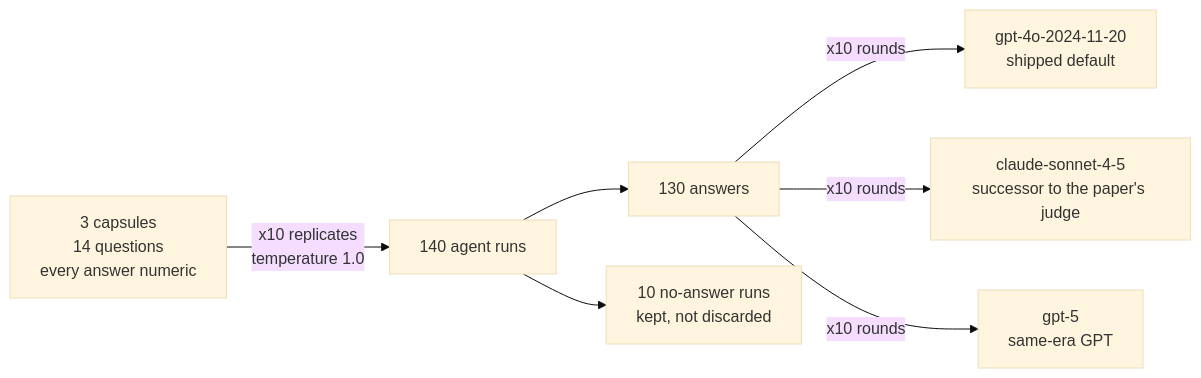
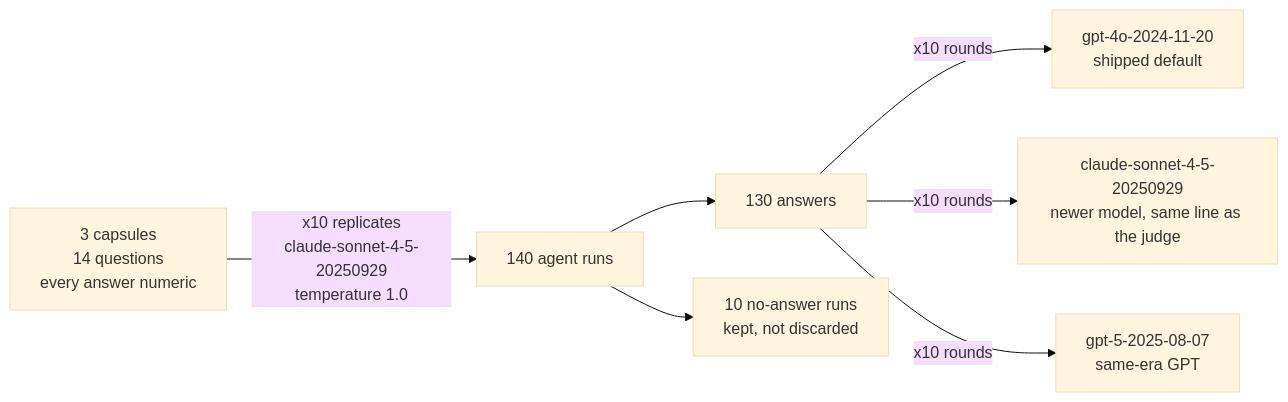
One commit to Anqi-Dai/BixBench_eval changed the diagram in writeup.md. Above: the diagram before and after it, drawn with Mermaid (base theme). The commit also changed other lines of this file, not shown here.

First line of the commit message:
Link model names, name the agent, tighten the correctness section

````diff
--- a/writeup.md
+++ b/writeup.md
@@ -82,9 +86,9 @@
 ```mermaid
 flowchart LR
-  A["3 capsules<br/>14 questions<br/>every answer numeric"] -->|"x10 replicates<br/>temperature 1.0"| B["140 agent runs"]
+  A["3 capsules<br/>14 questions<br/>every answer numeric"] -->|"x10 replicates<br/>claude-sonnet-4-5-20250929<br/>temperature 1.0"| B["140 agent runs"]
   B --> C["130 answers"]
   B --> D["10 no-answer runs<br/>kept, not discarded"]
   C -->|"x10 rounds"| E["gpt-4o-2024-11-20<br/>shipped default"]
-  C -->|"x10 rounds"| F["claude-sonnet-4-5<br/>successor to the paper's judge"]
-  C -->|"x10 rounds"| G["gpt-5<br/>same-era GPT"]
+  C -->|"x10 rounds"| F["claude-sonnet-4-5-20250929<br/>newer model, same line as the judge"]
+  C -->|"x10 rounds"| G["gpt-5-2025-08-07<br/>same-era GPT"]
 ```
````
